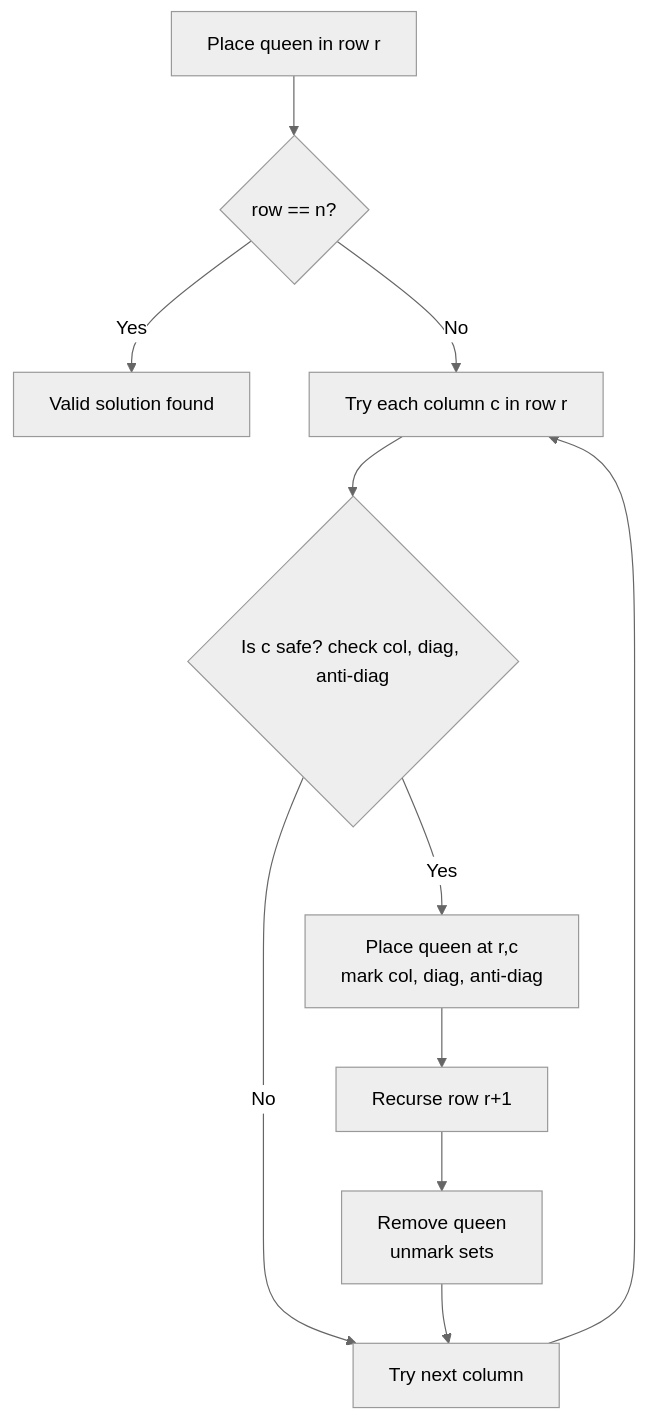
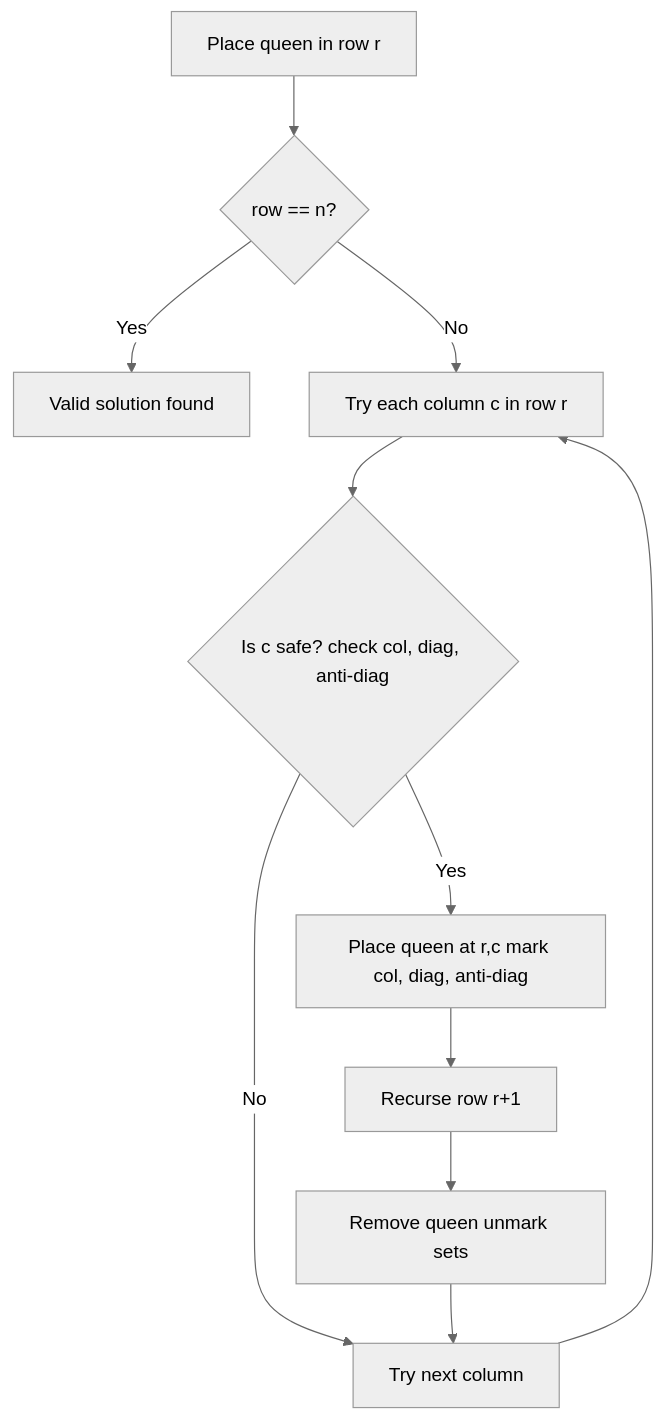
The fifth of 7 diagrams in backtracking/README.md (deepanshu-rawat6/AlgoAtlas), drawn with Mermaid (neutral theme) before and after one commit. The commit also changed other lines of this file and 13 other files, not shown here.

````diff
--- a/backtracking/README.md
+++ b/backtracking/README.md
@@ -114,13 +114,13 @@
 ```mermaid
 flowchart TD
     A[Place queen in row r] --> B{"row == n?"}
     B -- Yes --> C[Valid solution found]
     B -- No --> D[Try each column c in row r]
     D --> E{"Is c safe? check col, diag, anti-diag"}
     E -- No --> F[Try next column]
-    E -- Yes --> G[Place queen at r,c<br>mark col, diag, anti-diag]
+    E -- Yes --> G[Place queen at r,c mark col, diag, anti-diag]
     G --> H[Recurse row r+1]
-    H --> I[Remove queen<br>unmark sets]
+    H --> I[Remove queen unmark sets]
     I --> F
     F --> D
 ```
````
